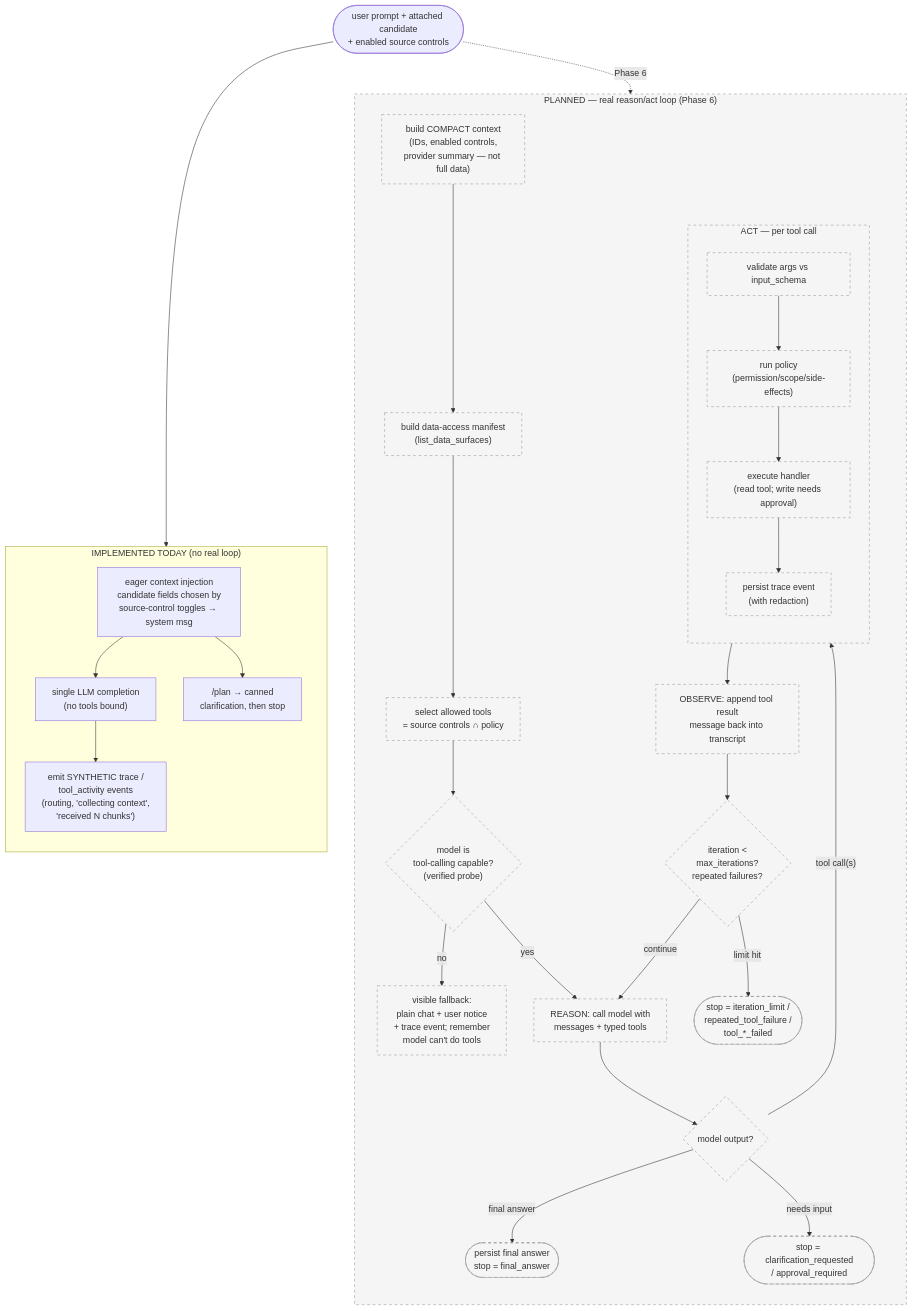
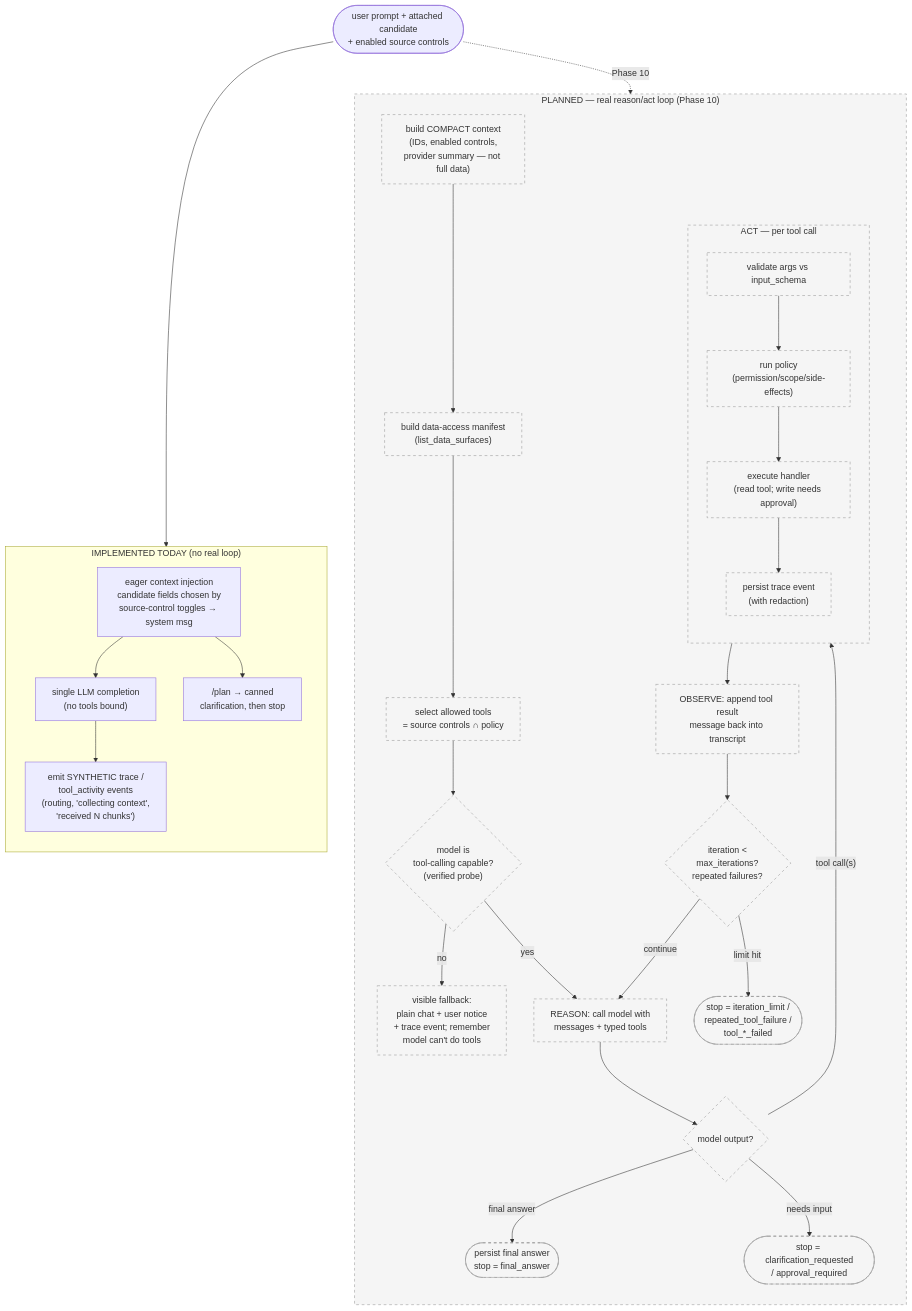
Before and after one commit to vardan6/job-finder-qwen-code: the second of 2 diagrams in docs/design/ai-agent-graph.md, drawn with Mermaid. The commit also changed other lines of this file and 60 other files, not shown here.

````diff
--- a/docs/design/ai-agent-graph.md
+++ b/docs/design/ai-agent-graph.md
@@ -179,56 +179,56 @@
 ```mermaid
 flowchart TD
     start(["user prompt + attached candidate\n+ enabled source controls"])
 
     start --> today
 
     subgraph today["IMPLEMENTED TODAY (no real loop)"]
         direction TB
         preload["eager context injection\ncandidate fields chosen by\nsource-control toggles → system msg"]
         oneshot["single LLM completion\n(no tools bound)"]
         fake["emit SYNTHETIC trace /\ntool_activity events\n(routing, 'collecting context',\n'received N chunks')"]
         planstub["/plan → canned\nclarification, then stop"]
         preload --> oneshot --> fake
         preload --> planstub
     end
 
-    start -.Phase 6.-> loop
+    start -.Phase 10.-> loop
 
-    subgraph loop["PLANNED — real reason/act loop (Phase 6)"]
+    subgraph loop["PLANNED — real reason/act loop (Phase 10)"]
         direction TB
         ctx["build COMPACT context\n(IDs, enabled controls,\nprovider summary — not full data)"]
         manifest["build data-access manifest\n(list_data_surfaces)"]
         select["select allowed tools\n= source controls ∩ policy"]
         capcheck{"model is\ntool-calling capable?\n(verified probe)"}
         degrade["visible fallback:\nplain chat + user notice\n+ trace event; remember\nmodel can't do tools"]
 
         ctx --> manifest --> select --> capcheck
         capcheck -- no --> degrade
         capcheck -- yes --> reason
 
         reason["REASON: call model with\nmessages + typed tools"]
         decide{"model output?"}
         reason --> decide
 
         decide -- "final answer" --> final(["persist final answer\nstop = final_answer"])
         decide -- "needs input" --> clarify(["stop = clarification_requested\n/ approval_required"])
         decide -- "tool call(s)" --> act
 
         subgraph act["ACT — per tool call"]
             direction TB
             validate["validate args vs input_schema"]
             pol["run policy\n(permission/scope/side-effects)"]
             run["execute handler\n(read tool; write needs approval)"]
             record["persist trace event\n(with redaction)"]
             validate --> pol --> run --> record
         end
 
         act --> observe["OBSERVE: append tool result\nmessage back into transcript"]
         observe --> guard{"iteration <\nmax_iterations?\nrepeated failures?"}
         guard -- "continue" --> reason
         guard -- "limit hit" --> stoplimit(["stop = iteration_limit /\nrepeated_tool_failure /\ntool_*_failed"])
     end
 
     classDef planned fill:#f5f5f5,stroke:#999,stroke-dasharray:5 5;
     class loop,ctx,manifest,select,capcheck,degrade,reason,decide,act,validate,pol,run,record,observe,guard,final,clarify,stoplimit planned;
 ```
````
